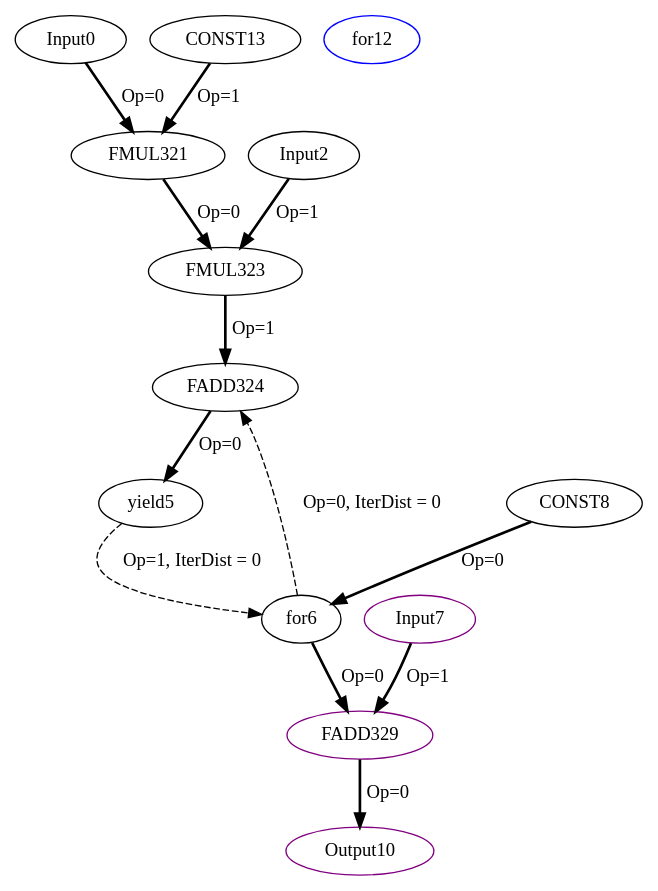
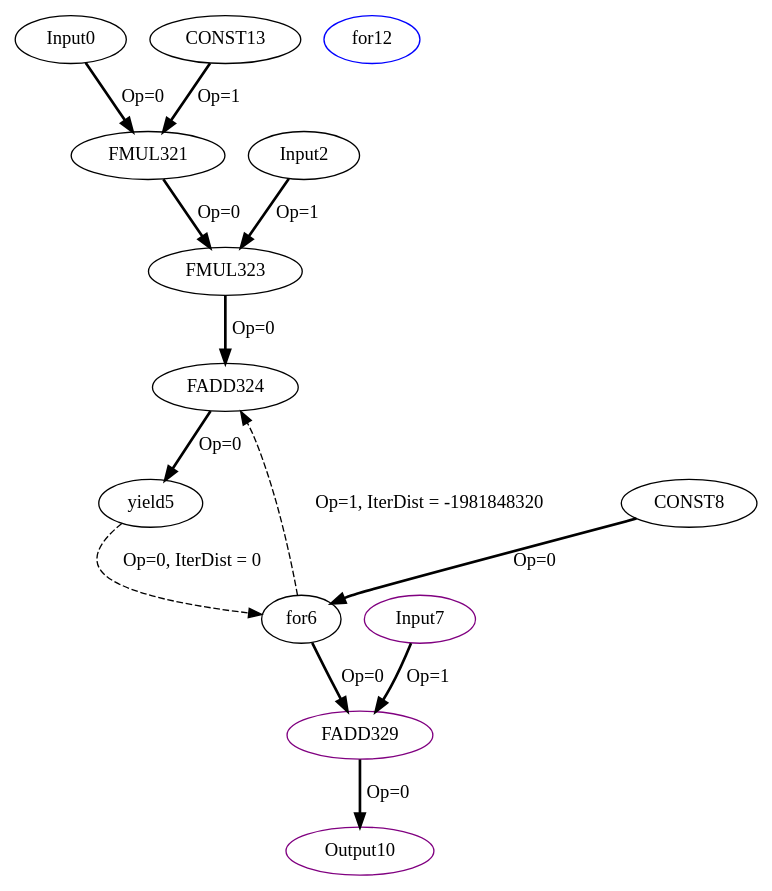
The diagram in experiment/Cbenchmarks/Polybench/linear-algebra/blas/gemm/IR/tempfiles/kernel_gemm_1_1_1_1_1_CDFG.dot (MIONkb/adora-compiler), drawn with Graphviz before and after one commit. The commit also changed 135 other files, not shown here.

```diff
--- a/experiment/Cbenchmarks/Polybench/linear-algebra/blas/gemm/IR/tempfiles/kernel_gemm_1_1_1_1_1_CDFG.dot
+++ b/experiment/Cbenchmarks/Polybench/linear-algebra/blas/gemm/IR/tempfiles/kernel_gemm_1_1_1_1_1_CDFG.dot
@@ -1,27 +1,27 @@
 Digraph G {
 Input0[opcode = "Input", ref_name="kernel_gemm_1_1", size="120", offset="0,0", pattern="4,30,-116,25", color = black];
 FMUL321[opcode = "FMUL32", color = black];
 Input2[opcode = "Input", ref_name="kernel_gemm_1_2", size="3000", offset="0,0", pattern="100,30,-2896,25", color = black];
 FMUL323[opcode = "FMUL32", color = black];
 FADD324[opcode = "FADD32", color = black];
 yield5[opcode = "yield", color = black];
 for6[opcode = "for", color = black];
 Input7[opcode = "Input", ref_name="kernel_gemm_1_0", size="100", offset="0,0", pattern="0,30,4,25", color = purple];
 CONST8[opcode = "CONST", value="0x00000000", color = black];
 FADD329[opcode = "FADD32", color = purple];
 Output10[opcode = "Output", ref_name="kernel_gemm_1_3", size="100", offset="0,0", pattern="0,30,4,25", color = purple];
 for12[opcode = "for", color = blue];
 CONST13[opcode = "CONST", value="0x3FC00000", color = black];
 Input0 -> FMUL321[color = black, style = bold, operand = 0, label = "Op=0"];
 CONST13 -> FMUL321[color = black, style = bold, operand = 1, label = "Op=1"];
 FMUL321 -> FMUL323[color = black, style = bold, operand = 0, label = "Op=0"];
 Input2 -> FMUL323[color = black, style = bold, operand = 1, label = "Op=1"];
-for6 -> FADD324[color = black, style = dashed, operand = 0, iterdist = 0, label = "Op=0, IterDist = 0"];
-FMUL323 -> FADD324[color = black, style = bold, operand = 1, label = "Op=1"];
+FMUL323 -> FADD324[color = black, style = bold, operand = 0, label = "Op=0"];
+for6 -> FADD324[color = black, style = dashed, operand = 1, iterdist = -1981848320, label = "Op=1, IterDist = -1981848320"];
 FADD324 -> yield5[color = black, style = bold, operand = 0, label = "Op=0"];
 CONST8 -> for6[color = black, style = bold, operand = 0, label = "Op=0"];
 for6 -> FADD329[color = black, style = bold, operand = 0, label = "Op=0"];
 Input7 -> FADD329[color = black, style = bold, operand = 1, label = "Op=1"];
 FADD329 -> Output10[color = black, style = bold, operand = 0, label = "Op=0"];
-yield5 -> for6[color = black, style = dashed, operand = 1, iterdist = 0, label = "Op=1, IterDist = 0"];
+yield5 -> for6[color = black, style = dashed, operand = 0, iterdist = 0, label = "Op=0, IterDist = 0"];
 }
```
